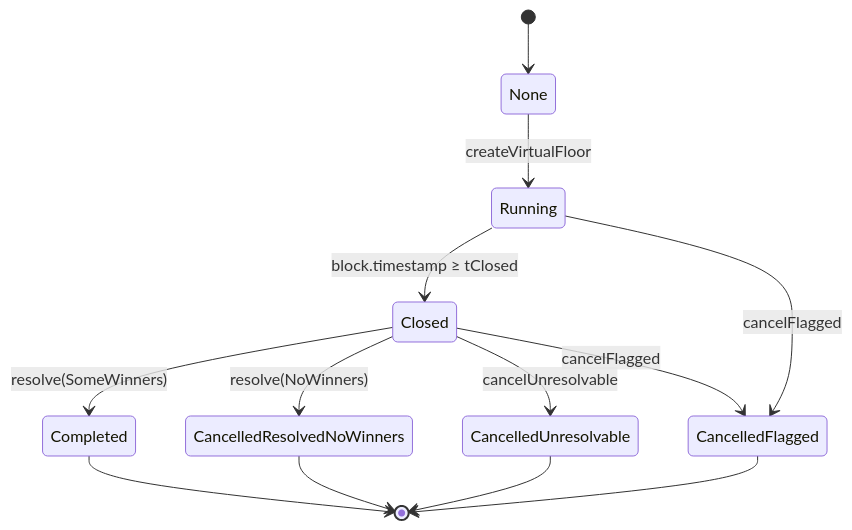
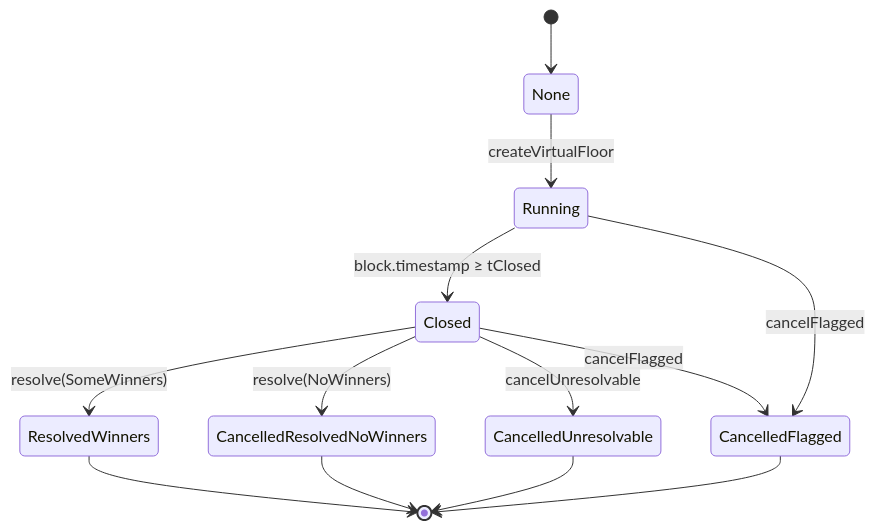
One commit to 0xsaxit/doubledice changed the first of 2 diagrams in platform/docs/STATE.md. Above: the diagram before and after it, drawn with Mermaid. The commit also changed other lines of this file and 5 other files, not shown here.

Commit message:
:recycle: Rename Completed => ResolvedWinners

````diff
--- a/platform/docs/STATE.md
+++ b/platform/docs/STATE.md
@@ -5,15 +5,15 @@
 ```mermaid
 stateDiagram-v2
     [*] --> None
     None --> Running: createVirtualFloor
     Running --> Closed: block.timestamp ≥ tClosed
-    Closed --> Completed: resolve(SomeWinners)
+    Closed --> ResolvedWinners: resolve(SomeWinners)
     Closed --> CancelledResolvedNoWinners: resolve(NoWinners)
     Closed --> CancelledUnresolvable: cancelUnresolvable
     Running --> CancelledFlagged: cancelFlagged
     Closed --> CancelledFlagged: cancelFlagged
-    Completed --> [*]
+    ResolvedWinners --> [*]
     CancelledResolvedNoWinners --> [*]
     CancelledUnresolvable --> [*]
     CancelledFlagged --> [*]
 ```
````
